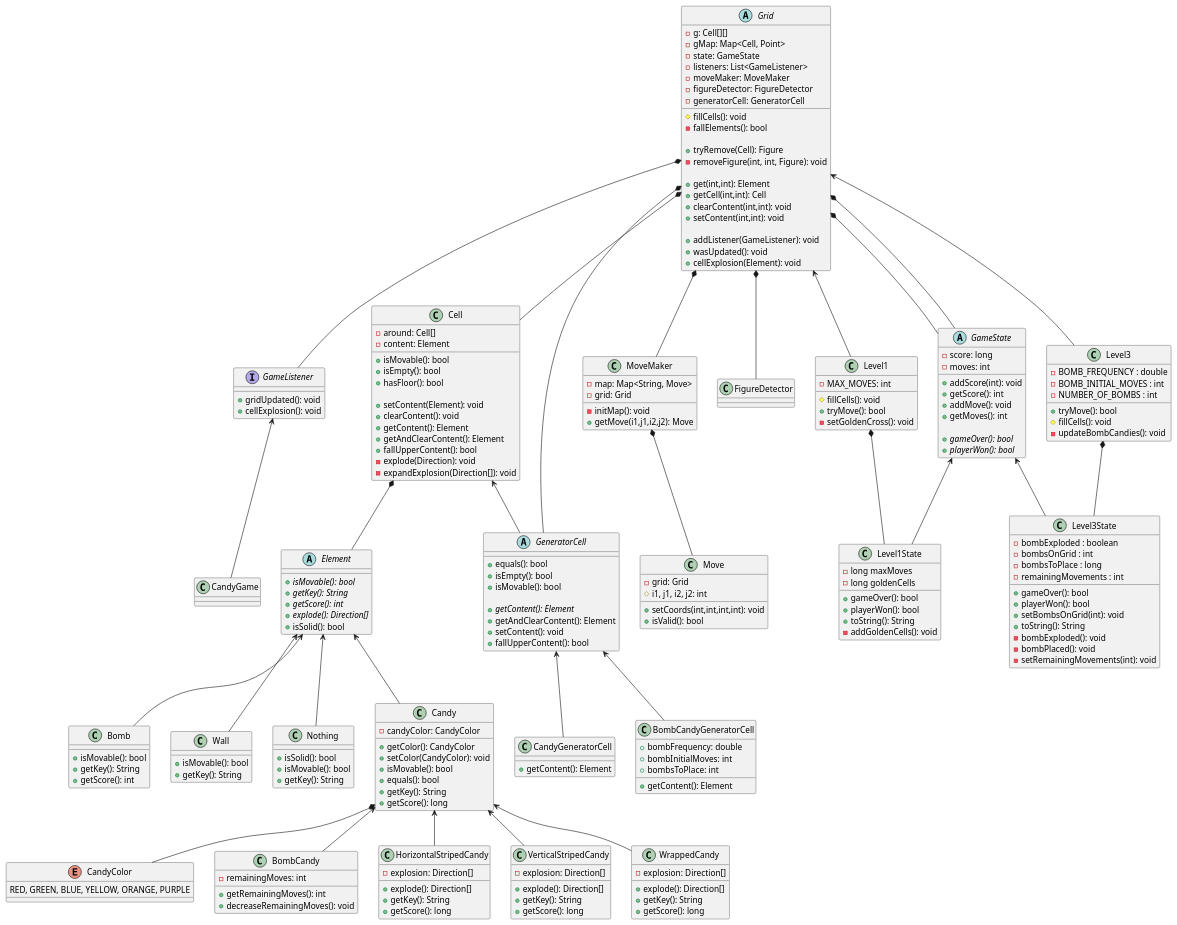
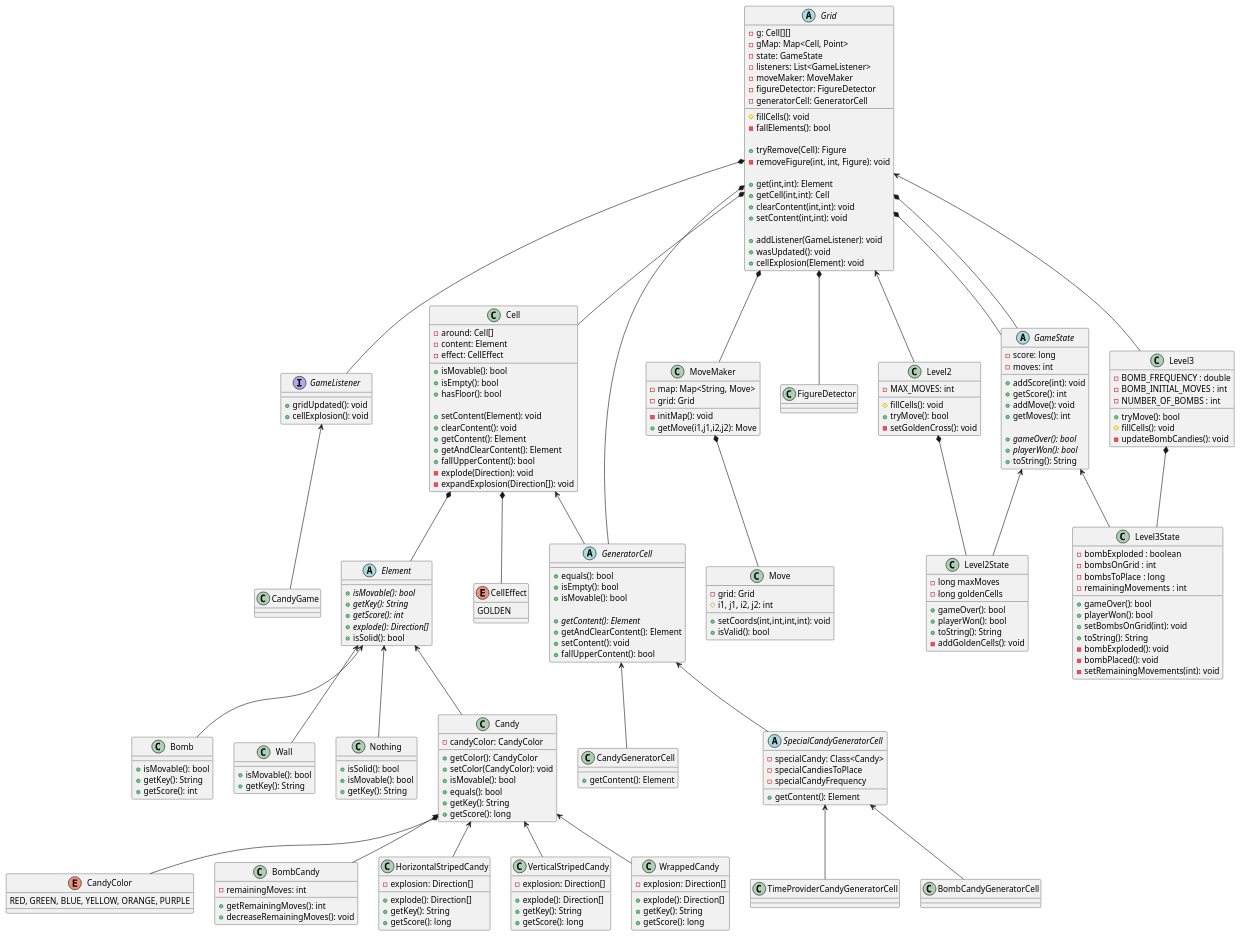
One commit to matiapa/itba-poo-final changed the diagram in out/production/Final/game/backend/backend.plantuml. Above: the diagram before and after it, drawn with PlantUML. The commit also changed 21 other files, not shown here.

Commit message:
Se agrego el Timer a Level4 Se agrego el metodo scorePanelUpdated() a GameListener Se implemento el metodo scorePanelUpdated() en CandyFrame

```diff
--- a/out/production/Final/game/backend/backend.plantuml
+++ b/out/production/Final/game/backend/backend.plantuml
@@ -58,6 +58,7 @@
 
  + {abstract} gameOver(): bool
  + {abstract} playerWon(): bool
+ + toString(): String
 }
 
 Grid *-- GameState
@@ -78,6 +79,7 @@
 class Cell{
  - around: Cell[]
  - content: Element
+ - effect: CellEffect
  + isMovable(): bool
  + isEmpty(): bool
  + hasFloor(): bool
@@ -92,6 +94,15 @@
 }
 
 Cell *-- Element
+Cell *-- CellEffect
+
+
+' CellEffect '
+
+enum CellEffect{
+ GOLDEN
+}
+
 
 
 ' GeneratorCell '
@@ -119,16 +130,34 @@
 GeneratorCell <-- CandyGeneratorCell
 
 
+' SpecialGeneratorCell '
+
+abstract class SpecialCandyGeneratorCell{
+ - specialCandy: Class<Candy>
+ - specialCandiesToPlace
+ - specialCandyFrequency
+ + getContent(): Element
+}
+
+GeneratorCell <-- SpecialCandyGeneratorCell
+
+
 ' BombCandyGeneratorCell '
 
 class BombCandyGeneratorCell {
- + bombFrequency: double
- + bombInitialMoves: int
- + bombsToPlace: int
- + getContent(): Element
+
 }
 
-GeneratorCell <-- BombCandyGeneratorCell
+SpecialCandyGeneratorCell <-- BombCandyGeneratorCell
+
+
+' TimeProviderCandyGeneratorCell '
+
+class TimeProviderCandyGeneratorCell {
+
+}
+
+SpecialCandyGeneratorCell <-- TimeProviderCandyGeneratorCell
 
 
 
@@ -278,22 +307,22 @@
 
 ' --------------- LEVELS --------------- '
 
-' Level1 '
+' Level2 '
 
-class Level1{
+class Level2{
  - MAX_MOVES: int
  # fillCells(): void
  + tryMove(): bool
  - setGoldenCross(): void
 }
 
-Grid <-- Level1
-Level1 *-- Level1State
+Grid <-- Level2
+Level2 *-- Level2State
 
 
-' Level1State '
+' Level2State '
 
-class Level1State{
+class Level2State{
  - long maxMoves
  - long goldenCells
  + gameOver(): bool
@@ -302,7 +331,7 @@
  - addGoldenCells(): void
 }
 
-GameState <-- Level1State
+GameState <-- Level2State
 
 
 ' Level3 '
```
